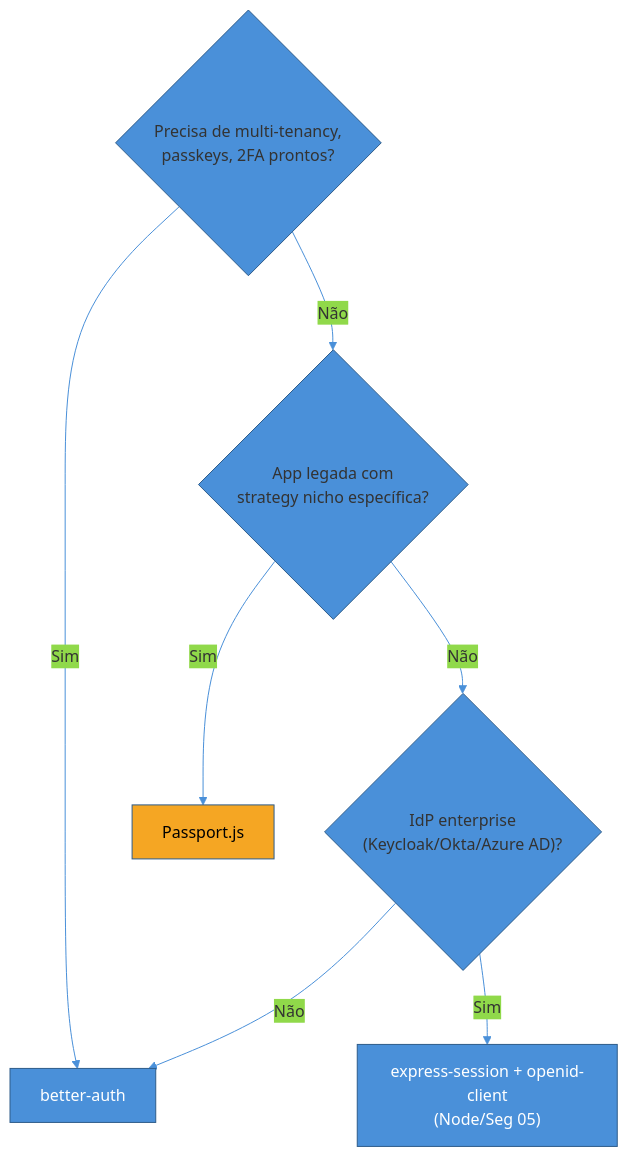
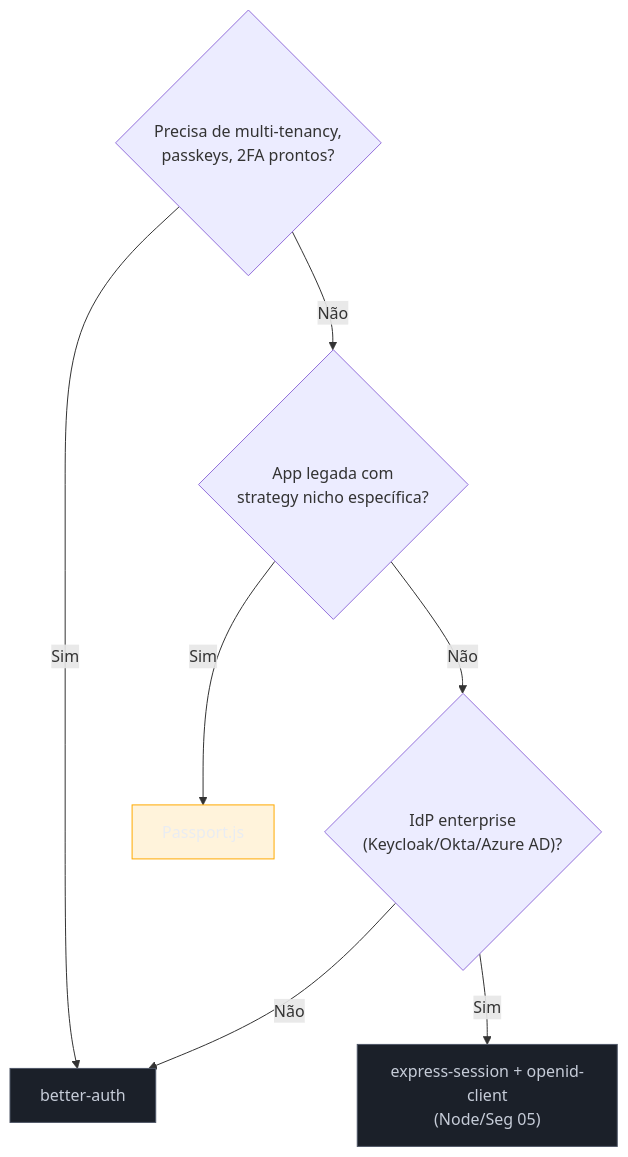
The third of 3 diagrams in 03-Dominios/Engenharia/Auth e Identidade/4 - Auth nos stacks/04 - Node — Express.md (josenaldo/codex-technomanticus), drawn with Mermaid before and after one commit. The commit also changed other lines of this file and 1181 other files, not shown here.

First line of the commit message:
fix(diagramas): paleta do sistema no lugar de cor cravada no markdown

````diff
--- a/03-Dominios/Engenharia/Auth e Identidade/4 - Auth nos stacks/04 - Node — Express.md
+++ b/03-Dominios/Engenharia/Auth e Identidade/4 - Auth nos stacks/04 - Node — Express.md
@@ -245,18 +245,19 @@
 ```mermaid
-%%{init: {"theme": "base", "themeVariables": {"primaryColor": "#4A90D9", "primaryBorderColor": "#2E5C8A", "lineColor": "#4A90D9"}}}%%
 flowchart TD
+    classDef neutro fill:#1B2029,stroke:#4E5666,color:#C6CCD8
+    classDef destaque fill:#FFAA0024,stroke:#FFAA00,color:#E9ECF2
     Q1{"Precisa de multi-tenancy,\npasskeys, 2FA prontos?"}
     Q2{"App legada com\nstrategy nicho específica?"}
     Q3{"IdP enterprise\n(Keycloak/Okta/Azure AD)?"}
 
     Q1 -->|Sim| BA["better-auth"]
     Q1 -->|Não| Q2
     Q2 -->|Sim| PP["Passport.js"]
     Q2 -->|Não| Q3
     Q3 -->|Sim| OC["express-session + openid-client\n(Node/Seg 05)"]
     Q3 -->|Não| BA
 
-    style BA fill:#4A90D9,color:#fff
-    style PP fill:#F5A623,color:#000
-    style OC fill:#4A90D9,color:#fff
+    class BA neutro
+    class PP destaque
+    class OC neutro
 ```
````
